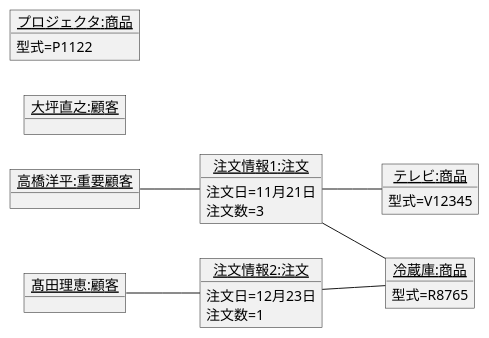
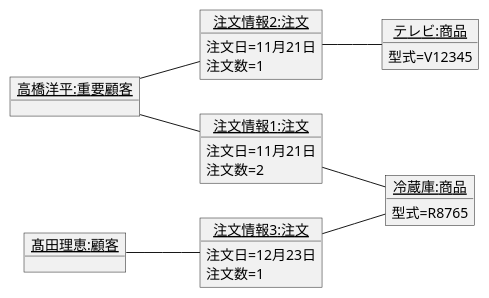
One commit to YumaSatou/uml-introduction changed the diagram in 演習3-7_OBJ_注文のオブジェクト図.pu. Above: the diagram before and after it, drawn with PlantUML.

Commit message:
演習3-7を修正しました

```diff
--- a/演習3-7_OBJ_注文のオブジェクト図.pu
+++ b/演習3-7_OBJ_注文のオブジェクト図.pu
@@ -1,39 +1,38 @@
 @startuml
 left to right direction
 object "<u>高橋洋平:重要顧客</u>" as customer1 {
 
 }
 object "<u>冷蔵庫:商品</u>" as product1 {
     型式=R8765
 }
 object "<u>注文情報1:注文</u>" as order1 {
     注文日=11月21日
-    注文数=3
+    注文数=2
+}
+object "<u>注文情報2:注文" as order2 {
+    注文日=11月21日
+    注文数=1
 }
 object "<u>テレビ:商品</u>" as product2 {
     型式=V12345
 }
 
 object "<u>髙田理恵:顧客</u>" as customer2 {
     
 }
-object "<u>注文情報2:注文</u>" as order2 {
+object "<u>注文情報3:注文</u>" as order3 {
     注文日=12月23日
     注文数=1
 }
-object "<u>大坪直之:顧客</u>" as customer3 {
-    
-}
-object "<u>プロジェクタ:商品</u>" as product3 {
-    型式=P1122
-}
 
 customer1 -- order1
+customer1 -- order2
 order1 -- product1
-order1 -- product2
+order2 -- product2
 
-customer2 -- order2
-order2 -- product1
+customer2 -- order3
+order3 -- product1
 
 
 @enduml
```
